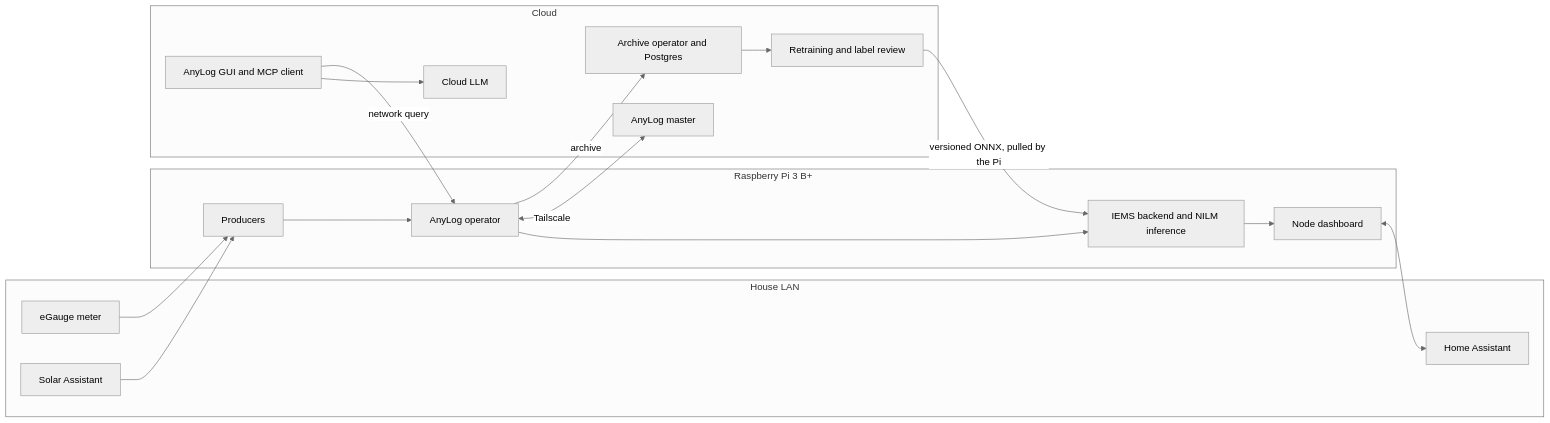
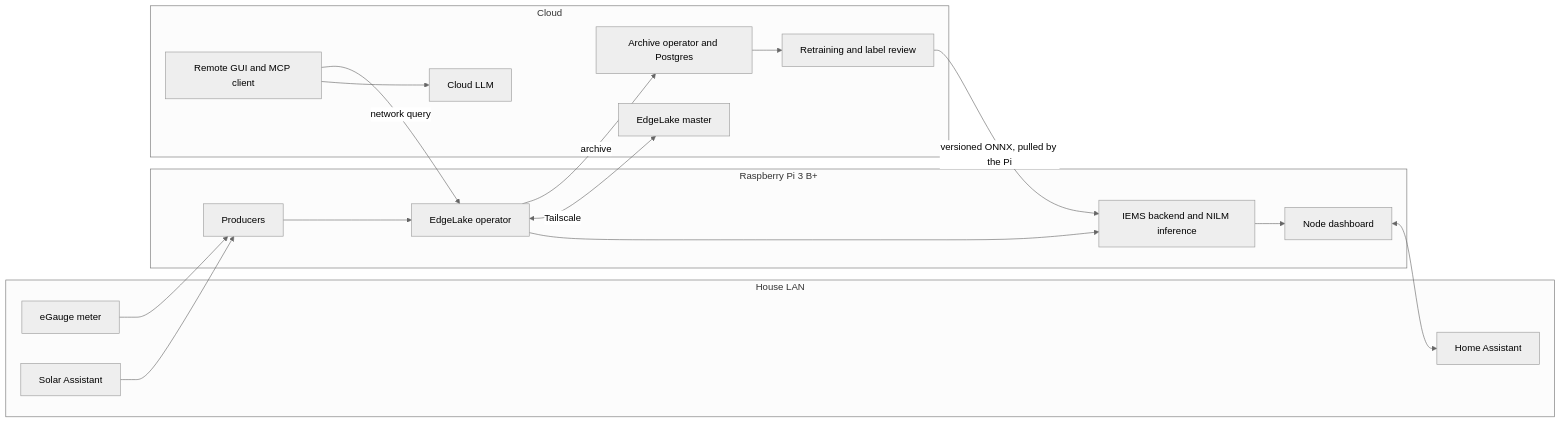
One commit to hranjan004/iems-pi-edge changed the diagram in README.md. Above: the diagram before and after it, drawn with Mermaid (neutral theme). The commit also changed other lines of this file and 44 other files, not shown here.

First line of the commit message:
Run every node on EdgeLake, add measured RAM and disk budget

````diff
--- a/README.md
+++ b/README.md
@@ -28,33 +28,33 @@
 ```mermaid
 flowchart LR
   subgraph HOUSE[House LAN]
     EG[eGauge meter]
     SA[Solar Assistant]
     HA[Home Assistant]
   end
   subgraph PI[Raspberry Pi 3 B+]
     PR[Producers]
-    OP[AnyLog operator]
+    OP[EdgeLake operator]
     BE[IEMS backend and NILM inference]
     DB[Node dashboard]
   end
   subgraph CLOUD[Cloud]
-    MS[AnyLog master]
+    MS[EdgeLake master]
     AR[Archive operator and Postgres]
-    GUI[AnyLog GUI and MCP client]
+    GUI[Remote GUI and MCP client]
     LLM[Cloud LLM]
     RT[Retraining and label review]
   end
   EG --> PR
   SA --> PR
   PR --> OP
   OP --> BE
   BE --> DB
   DB <--> HA
   OP <-->|Tailscale| MS
   OP -->|archive| AR
   AR --> RT
   RT -->|versioned ONNX, pulled by the Pi| BE
   GUI --> LLM
   GUI -->|network query| OP
 ```
````
